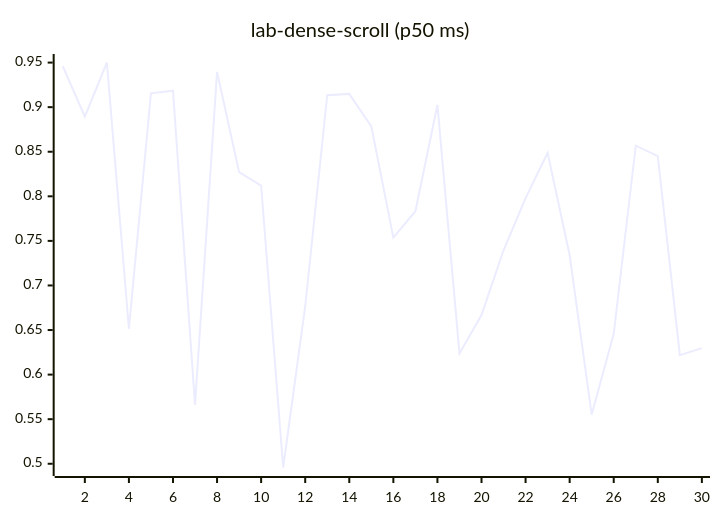
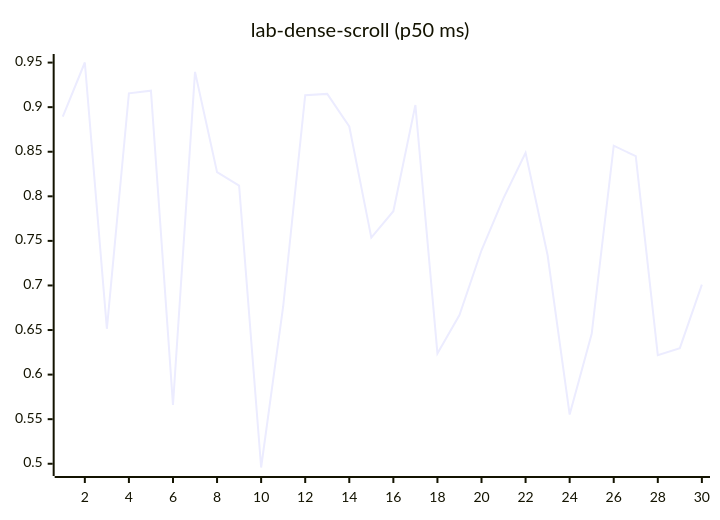
Before and after one commit to josha/Facet: diagram 12 of 27 in README.md, drawn with Mermaid. The commit also changed other lines of this file and 2 other files, not shown here.

````diff
--- a/README.md
+++ b/README.md
@@ -140,6 +140,6 @@
 ```mermaid
 xychart-beta
     title "lab-dense-scroll (p50 ms)"
     x-axis 1 --> 30
-    line [0.9459, 0.8894, 0.9501, 0.6514, 0.9155, 0.9185, 0.5661, 0.9396, 0.8271, 0.8121, 0.4958, 0.6764, 0.9135, 0.9149, 0.8783, 0.7537, 0.7833, 0.9024, 0.6238, 0.6669, 0.7395, 0.7979, 0.8489, 0.7339, 0.5552, 0.6458, 0.8568, 0.8450, 0.6219, 0.6297]
+    line [0.8894, 0.9501, 0.6514, 0.9155, 0.9185, 0.5661, 0.9396, 0.8271, 0.8121, 0.4958, 0.6764, 0.9135, 0.9149, 0.8783, 0.7537, 0.7833, 0.9024, 0.6238, 0.6669, 0.7395, 0.7979, 0.8489, 0.7339, 0.5552, 0.6458, 0.8568, 0.8450, 0.6219, 0.6297, 0.7010]
 ```
````
